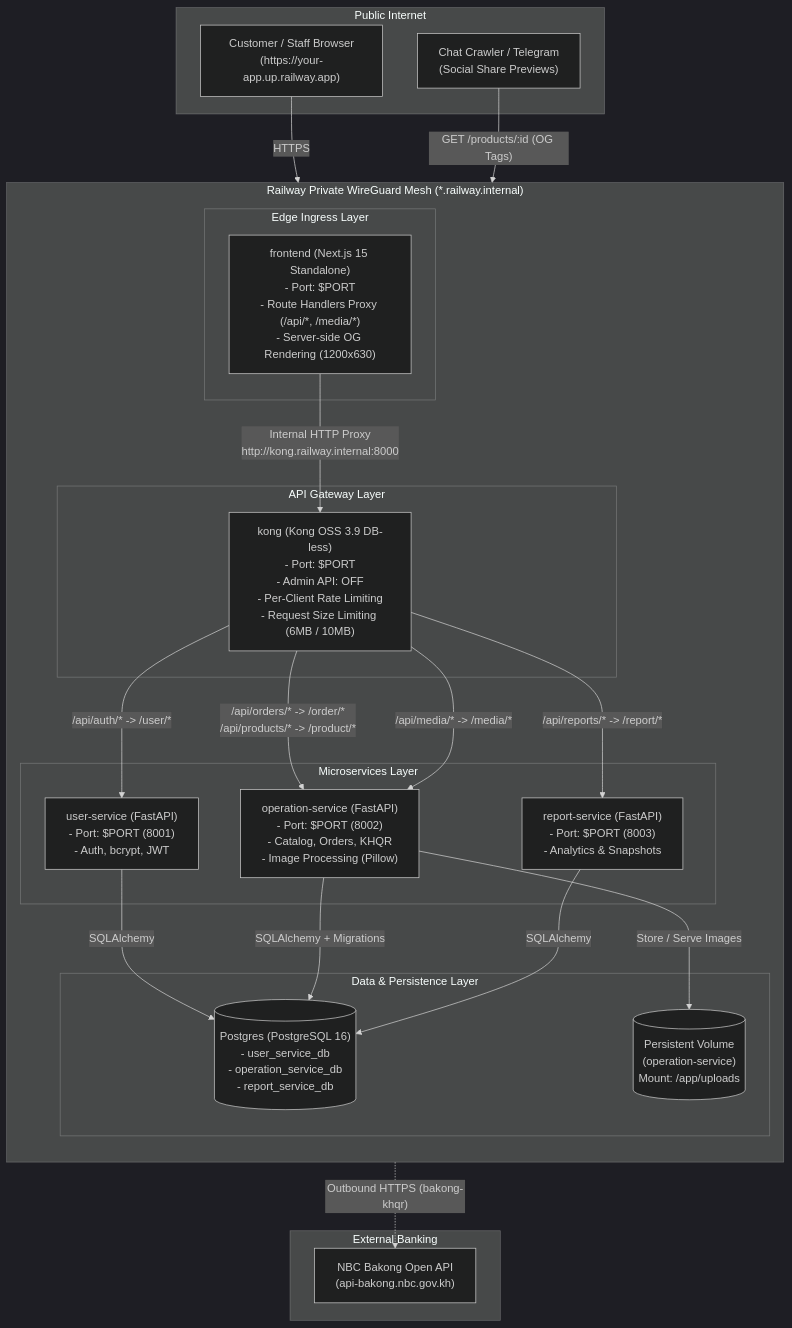
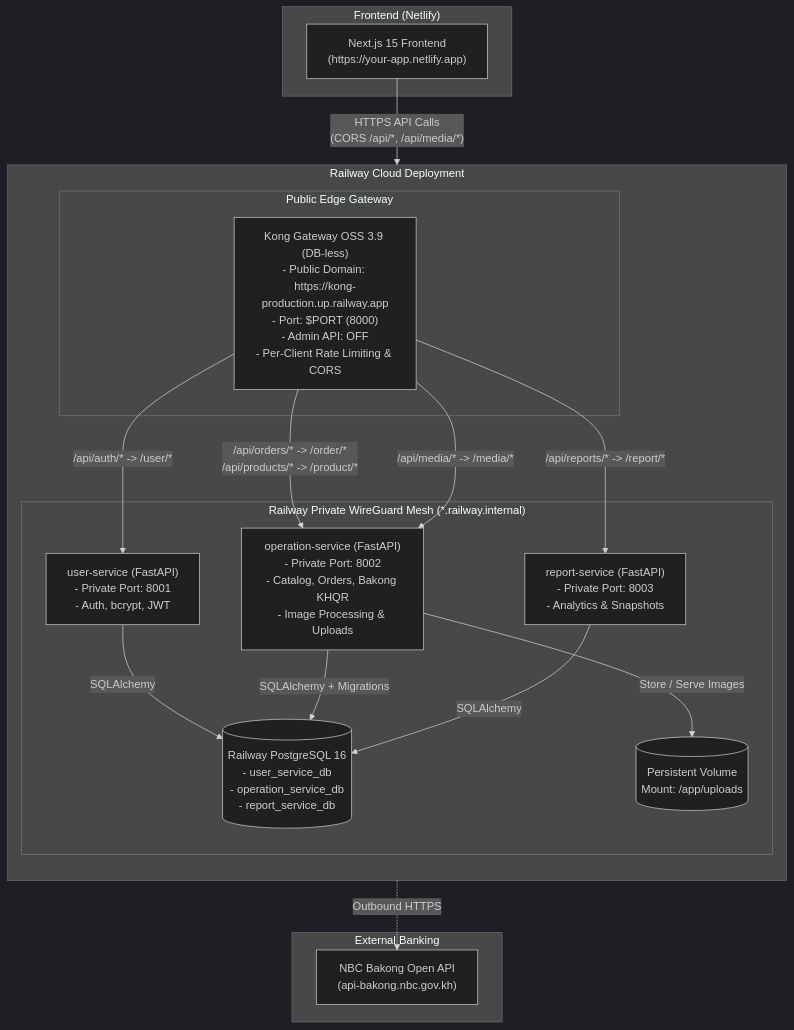
One commit to lva418864-bit/cafe-shop-backend changed the diagram in docs/RAILWAY_DEPLOY_GUIDE.md. Above: the diagram before and after it, drawn with Mermaid (dark theme). The commit also changed other lines of this file, not shown here.

Commit message:
docs: update Railway deployment guide with Netlify frontend and Kong public ingress

````diff
--- a/docs/RAILWAY_DEPLOY_GUIDE.md
+++ b/docs/RAILWAY_DEPLOY_GUIDE.md
@@ -24,49 +24,40 @@
 ```mermaid
 flowchart TD
-    subgraph PublicInternet["Public Internet"]
-        Browser["Customer / Staff Browser\n(https://your-app.up.railway.app)"]
-        ChatCrawler["Chat Crawler / Telegram\n(Social Share Previews)"]
+    subgraph NetlifyHosting["Frontend (Netlify)"]
+        Browser["Next.js 15 Frontend\n(https://your-app.netlify.app)"]
     end
 
-    subgraph RailwayPrivateNetwork["Railway Private WireGuard Mesh (*.railway.internal)"]
+    subgraph RailwayCloud["Railway Cloud Deployment"]
         direction TB
 
-        subgraph IngressLayer["Edge Ingress Layer"]
-            Frontend["frontend (Next.js 15 Standalone)\n- Port: $PORT\n- Route Handlers Proxy (/api/*, /media/*)\n- Server-side OG Rendering (1200x630)"]
+        subgraph PublicGateway["Public Edge Gateway"]
+            Kong["Kong Gateway OSS 3.9 (DB-less)\n- Public Domain: https://kong-production.up.railway.app\n- Port: $PORT (8000)\n- Admin API: OFF\n- Per-Client Rate Limiting & CORS"]
         end
 
-        subgraph GatewayLayer["API Gateway Layer"]
-            Kong["kong (Kong OSS 3.9 DB-less)\n- Port: $PORT\n- Admin API: OFF\n- Per-Client Rate Limiting\n- Request Size Limiting (6MB / 10MB)"]
-        end
+        subgraph PrivateMesh["Railway Private WireGuard Mesh (*.railway.internal)"]
+            UserSvc["user-service (FastAPI)\n- Private Port: 8001\n- Auth, bcrypt, JWT"]
+            OpSvc["operation-service (FastAPI)\n- Private Port: 8002\n- Catalog, Orders, Bakong KHQR\n- Image Processing & Uploads"]
+            ReportSvc["report-service (FastAPI)\n- Private Port: 8003\n- Analytics & Snapshots"]
 
-        subgraph MicroservicesLayer["Microservices Layer"]
-            UserSvc["user-service (FastAPI)\n- Port: $PORT (8001)\n- Auth, bcrypt, JWT"]
-            OpSvc["operation-service (FastAPI)\n- Port: $PORT (8002)\n- Catalog, Orders, KHQR\n- Image Processing (Pillow)"]
-            ReportSvc["report-service (FastAPI)\n- Port: $PORT (8003)\n- Analytics & Snapshots"]
-        end
-
-        subgraph StorageLayer["Data & Persistence Layer"]
-            Postgres[("Postgres (PostgreSQL 16)\n- user_service_db\n- operation_service_db\n- report_service_db")]
-            UploadsVolume[("Persistent Volume\n(operation-service)\nMount: /app/uploads")]
+            Postgres[("Railway PostgreSQL 16\n- user_service_db\n- operation_service_db\n- report_service_db")]
+            UploadsVolume[("Persistent Volume\nMount: /app/uploads")]
         end
     end
 
-    subgraph ExternalServices["External Banking"]
+    subgraph ExternalBanking["External Banking"]
         BakongAPI["NBC Bakong Open API\n(api-bakong.nbc.gov.kh)"]
     end
 
-    Browser -->|"HTTPS"| Frontend
-    ChatCrawler -->|"GET /products/:id (OG Tags)"| Frontend
-    Frontend -->|"Internal HTTP Proxy\nhttp://kong.railway.internal:8000"| Kong
+    Browser -->|"HTTPS API Calls\n(CORS /api/*, /api/media/*)"| Kong
 
     Kong -->|"/api/auth/* -> /user/*"| UserSvc
     Kong -->|"/api/orders/* -> /order/*\n/api/products/* -> /product/*"| OpSvc
     Kong -->|"/api/media/* -> /media/*"| OpSvc
     Kong -->|"/api/reports/* -> /report/*"| ReportSvc
 
     UserSvc -->|"SQLAlchemy"| Postgres
     OpSvc -->|"SQLAlchemy + Migrations"| Postgres
     ReportSvc -->|"SQLAlchemy"| Postgres
     OpSvc -->|"Store / Serve Images"| UploadsVolume
-    OpSvc -.->|"Outbound HTTPS (bakong-khqr)"| BakongAPI
+    OpSvc -.->|"Outbound HTTPS"| BakongAPI
 ```
````
